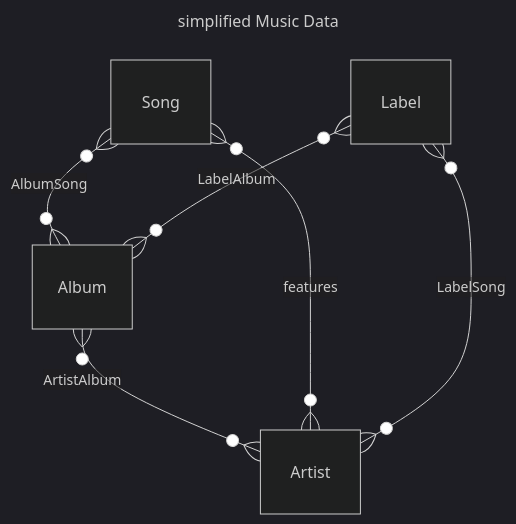
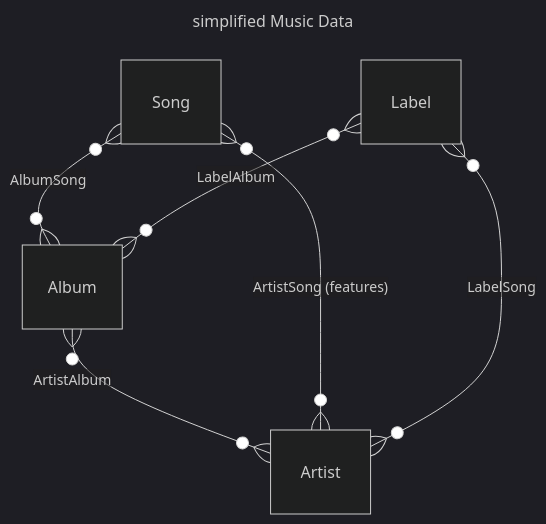
The third of 4 diagrams in README.md (HeIIow2/music-downloader), drawn with Mermaid (dark theme) before and after one commit. The commit also changed other lines of this file and 1 other file, not shown here.

Commit message:
modified diagram

````diff
--- a/README.md
+++ b/README.md
@@ -195,30 +195,30 @@
 ```mermaid
 ---
 title: simplified Music Data
 ---
 erDiagram
 
 Song {
 
 }
 
 Album {
 
 }
 
 Artist {
 
 }
 
 Label {
 
 }
 
 Song }o--o{ Album : AlbumSong
 Album }o--o{ Artist : ArtistAlbum
-Song }o--o{ Artist : features
+Song }o--o{ Artist : "ArtistSong (features)"
 
 Label }o--o{ Album : LabelAlbum
 Label }o--o{ Artist : LabelSong
 
 ```
````
